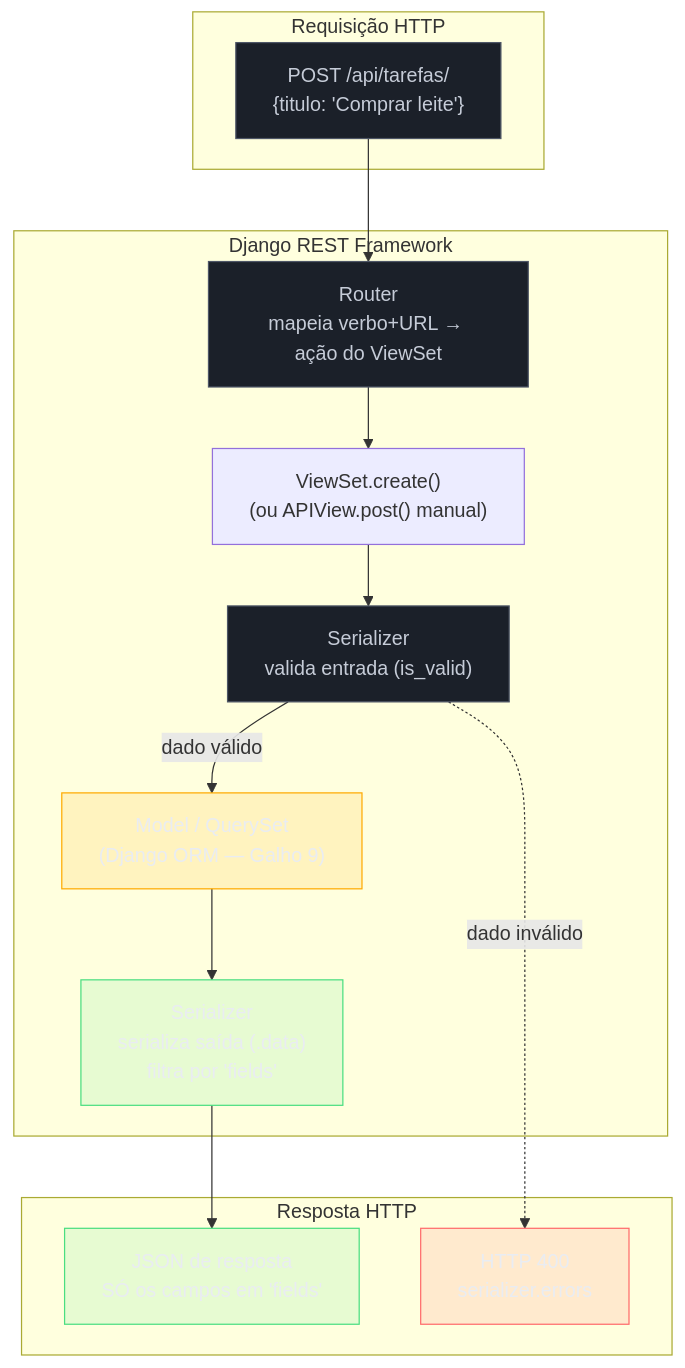
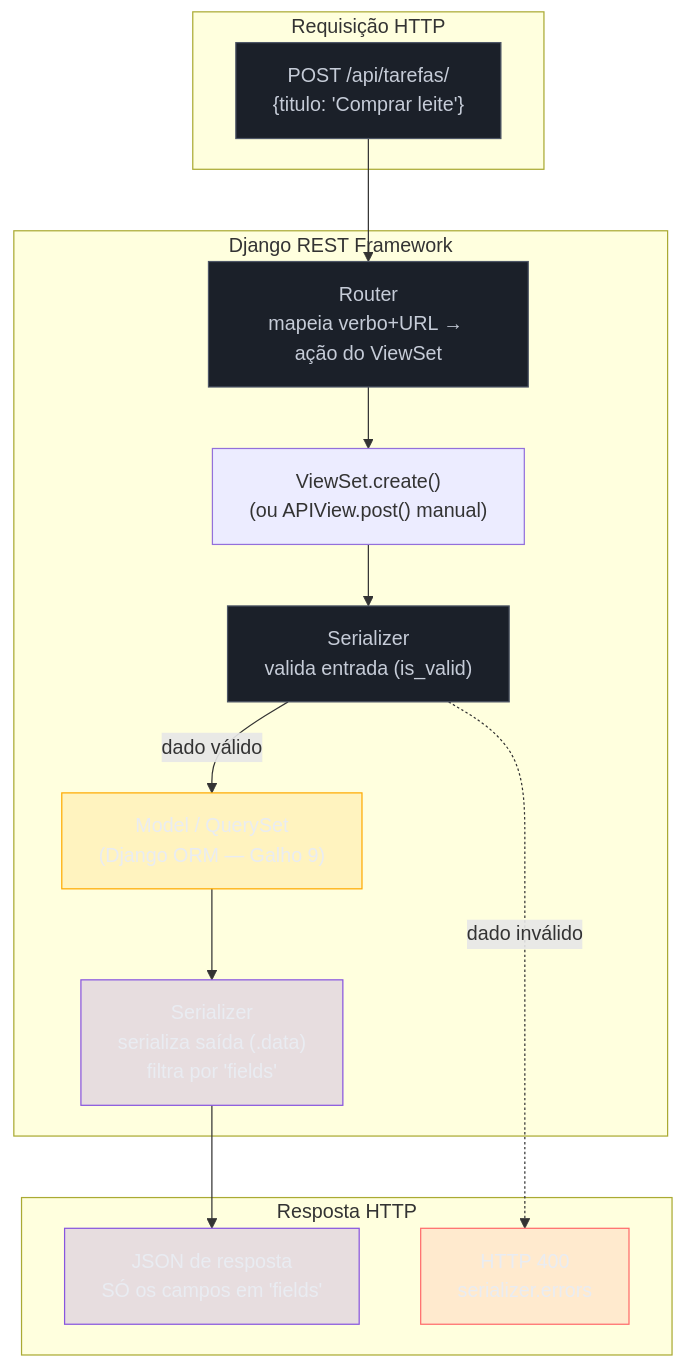
One commit to josenaldo/codex-technomanticus changed the diagram in 03-Dominios/Tecnologia/Python/Web e APIs REST/05 - Django REST Framework — serializers, viewsets e routers.md. Above: the diagram before and after it, drawn with Mermaid. The commit also changed 601 other files, not shown here.

````diff
--- a/03-Dominios/Tecnologia/Python/Web e APIs REST/05 - Django REST Framework — serializers, viewsets e routers.md
+++ b/03-Dominios/Tecnologia/Python/Web e APIs REST/05 - Django REST Framework — serializers, viewsets e routers.md
@@ -347,36 +347,36 @@
 ```mermaid
 flowchart TB
+    classDef marca fill:#8855DF33,stroke:#8855DF,color:#E9ECF2
     classDef neutro fill:#1B2029,stroke:#4E5666,color:#C6CCD8
     classDef destaque fill:#FFAA0024,stroke:#FFAA00,color:#E9ECF2
-    classDef ok fill:#4ADE8021,stroke:#4ADE80,color:#E9ECF2
     classDef falha fill:#FF6B6B24,stroke:#FF6B6B,color:#E9ECF2
     subgraph Cliente["Requisição HTTP"]
         REQ["POST /api/tarefas/\n{titulo: 'Comprar leite'}"]
     end
 
     subgraph DRF["Django REST Framework"]
         ROUTER["Router\nmapeia verbo+URL → ação do ViewSet"]
         VIEWSET["ViewSet.create()\n(ou APIView.post() manual)"]
         SER_IN["Serializer\nvalida entrada (is_valid)"]
         MODEL["Model / QuerySet\n(Django ORM — Galho 9)"]
         SER_OUT["Serializer\nserializa saída (.data)\nfiltra por 'fields'"]
     end
 
     subgraph Saida["Resposta HTTP"]
         JSON_OUT["JSON de resposta\nSÓ os campos em 'fields'"]
         ERRO["HTTP 400\nserializer.errors"]
     end
 
     REQ --> ROUTER --> VIEWSET --> SER_IN
     SER_IN -->|"dado válido"| MODEL
     SER_IN -.->|"dado inválido"| ERRO
     MODEL --> SER_OUT --> JSON_OUT
 
     class REQ neutro
     class ROUTER neutro
     class SER_IN neutro
     class MODEL destaque
-    class SER_OUT ok
-    class JSON_OUT ok
+    class SER_OUT marca
+    class JSON_OUT marca
     class ERRO falha
 ```
````
